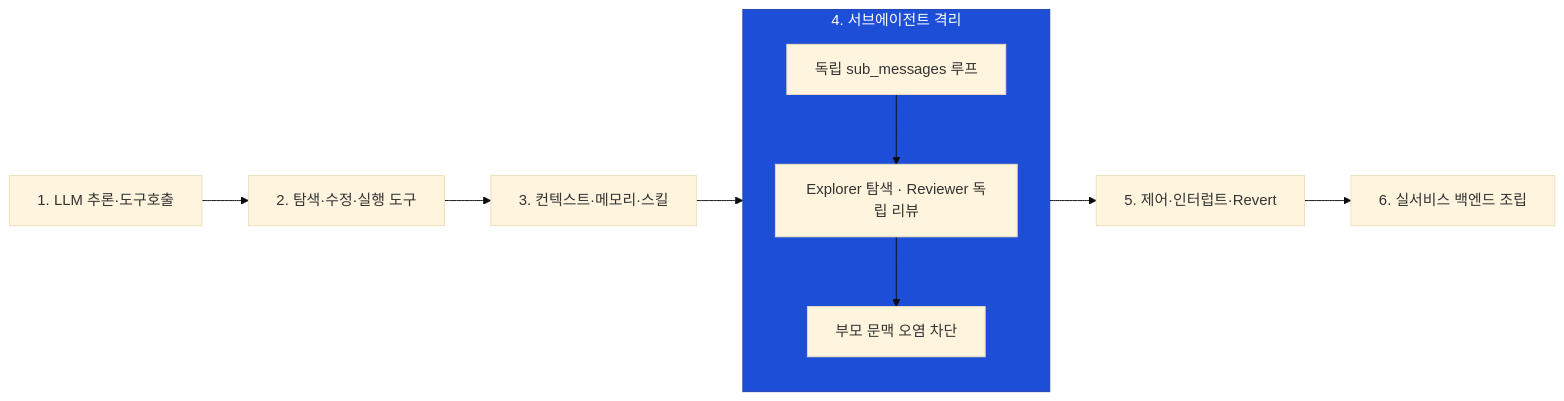
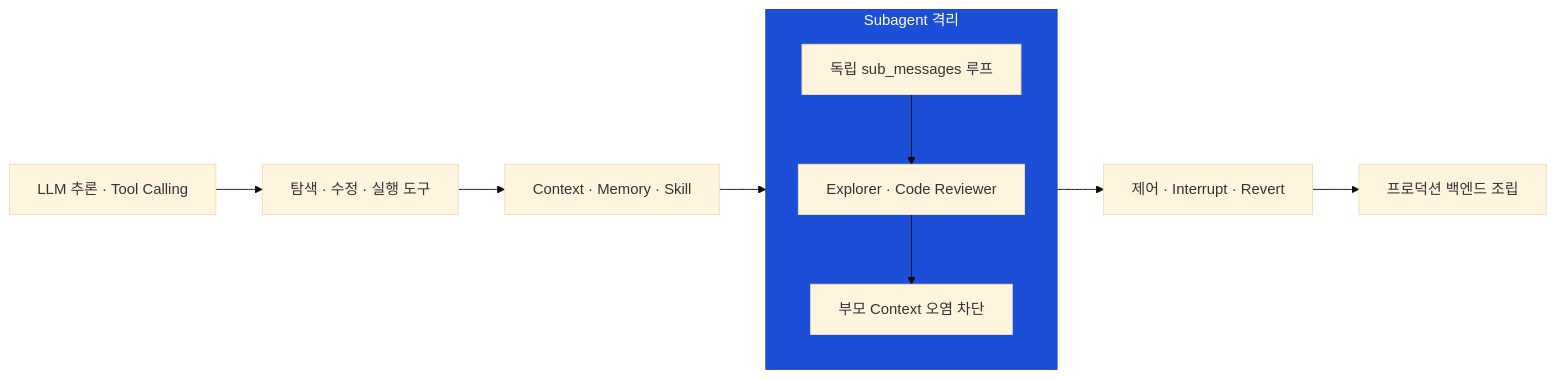
One commit to Abyssey/anvil changed the seventh of 12 diagrams in docs/coding-agent-study.md. Above: the diagram before and after it, drawn with Mermaid (base theme). The commit also changed other lines of this file and 3 other files, not shown here.

````diff
--- a/docs/coding-agent-study.md
+++ b/docs/coding-agent-study.md
@@ -368,14 +375,14 @@
 ```mermaid
 flowchart LR
-  S1["1. LLM 추론·도구호출"]
-  S2["2. 탐색·수정·실행 도구"]
-  S3["3. 컨텍스트·메모리·스킬"]
-  subgraph S4["4. 서브에이전트 격리"]
+  S1["LLM 추론 · Tool Calling"]
+  S2["탐색 · 수정 · 실행 도구"]
+  S3["Context · Memory · Skill"]
+  subgraph S4["Subagent 격리"]
     direction TB
-    S4A["독립 sub_messages 루프"] --> S4B["Explorer 탐색 · Reviewer 독립 리뷰"] --> S4C["부모 문맥 오염 차단"]
+    S4A["독립 sub_messages 루프"] --> S4B["Explorer · Code Reviewer"] --> S4C["부모 Context 오염 차단"]
   end
-  S5["5. 제어·인터럽트·Revert"]
-  S6["6. 실서비스 백엔드 조립"]
+  S5["제어 · Interrupt · Revert"]
+  S6["프로덕션 백엔드 조립"]
   S1 --> S2 --> S3 --> S4 --> S5 --> S6
   style S4 fill:#1d4ed8,stroke:#1e40af,color:#ffffff
 ```
````
